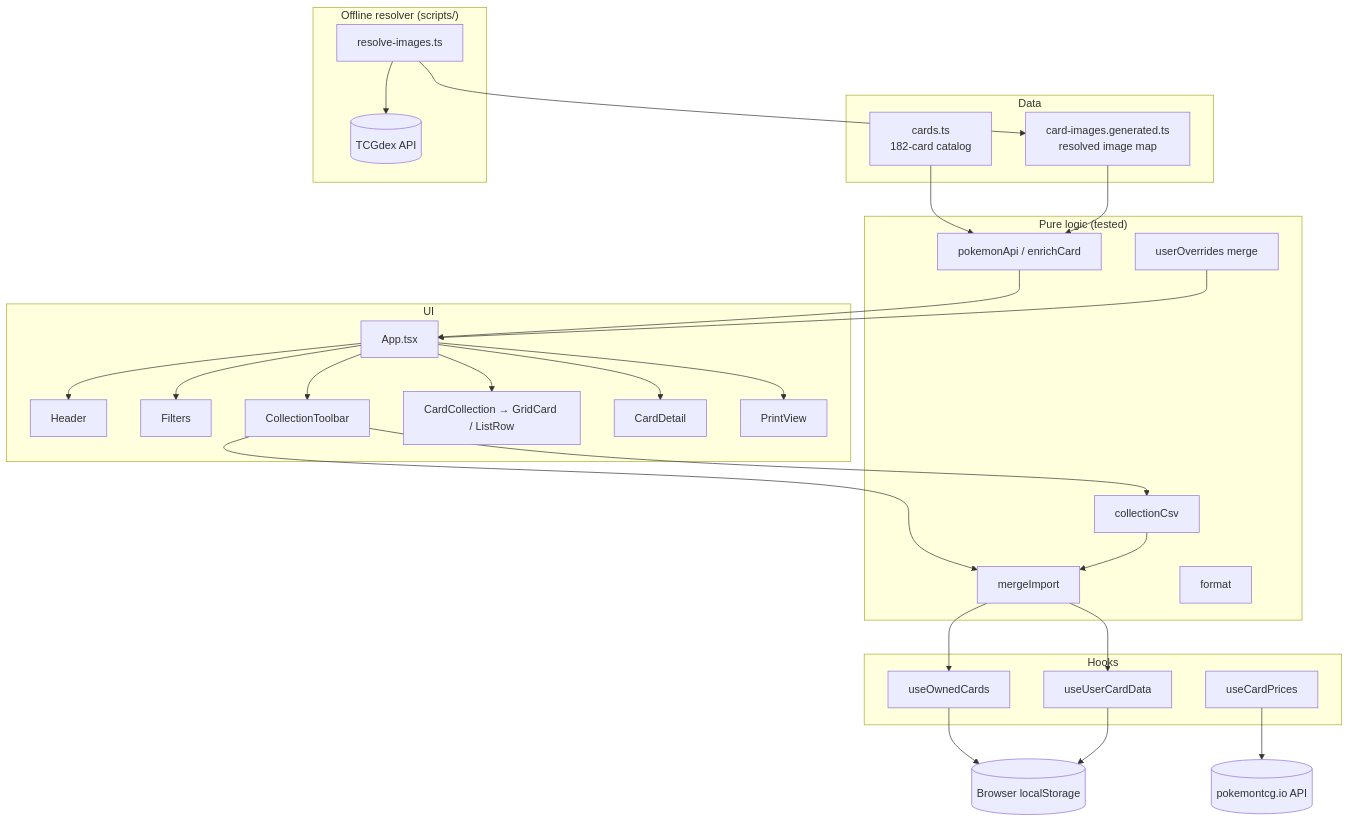
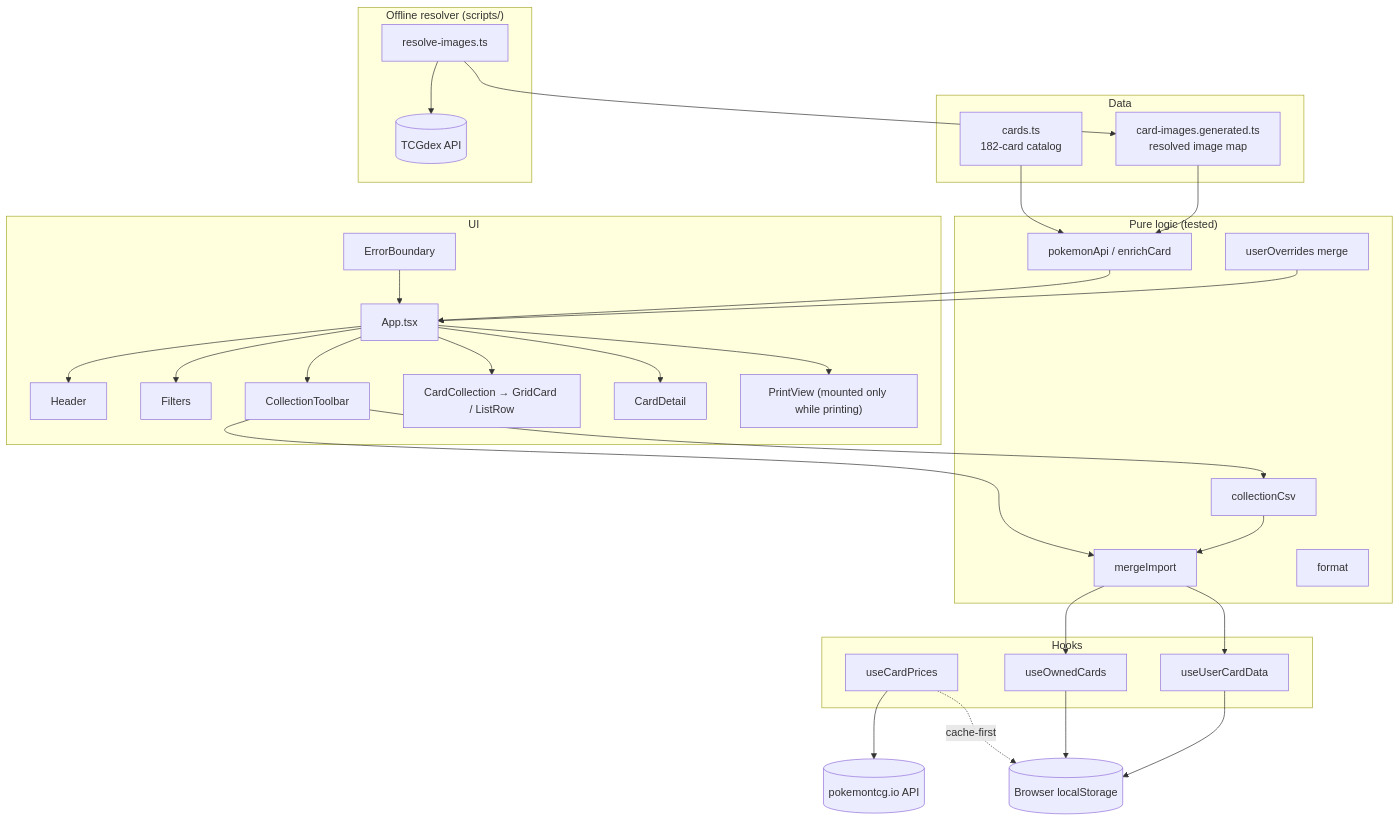
One commit to Technical-1/All-About-Me changed the diagram in public/data/portfolio/Snorlax-Tracker/architecture.md. Above: the diagram before and after it, drawn with Mermaid. The commit also changed other lines of this file and 18 other files, not shown here.

````diff
--- a/public/data/portfolio/Snorlax-Tracker/architecture.md
+++ b/public/data/portfolio/Snorlax-Tracker/architecture.md
@@ -5,52 +5,55 @@
 ```mermaid
 flowchart TD
     subgraph Data
         CARDS["cards.ts<br/>182-card catalog"]
         IMG["card-images.generated.ts<br/>resolved image map"]
     end
 
     subgraph OfflineResolver["Offline resolver (scripts/)"]
         RES["resolve-images.ts"]
         TCG[("TCGdex API")]
         RES --> TCG
         RES --> IMG
     end
 
     subgraph Hooks
         UCP["useCardPrices"]
         UOC["useOwnedCards"]
         UUCD["useUserCardData"]
     end
 
     subgraph Lib["Pure logic (tested)"]
         PA["pokemonApi / enrichCard"]
         UO["userOverrides merge"]
         CSV["collectionCsv"]
         MI["mergeImport"]
         FMT["format"]
     end
 
     subgraph UI
+        EB["ErrorBoundary"]
         APP["App.tsx"]
         HDR["Header"]
         FLT["Filters"]
         TB["CollectionToolbar"]
         COL["CardCollection → GridCard / ListRow"]
         DET["CardDetail"]
-        PV["PrintView"]
+        PV["PrintView (mounted only while printing)"]
     end
 
     PTCG[("pokemontcg.io API")]
     LS[("Browser localStorage")]
 
     CARDS --> PA
     IMG --> PA
+    UCP -. cache-first .-> LS
     UCP --> PTCG
     PA --> APP
     UO --> APP
     UOC --> LS
     UUCD --> LS
+    EB --> APP
     APP --> HDR & FLT & TB & COL & DET & PV
     TB --> CSV & MI
     CSV --> MI --> UOC & UUCD
 ```
````
